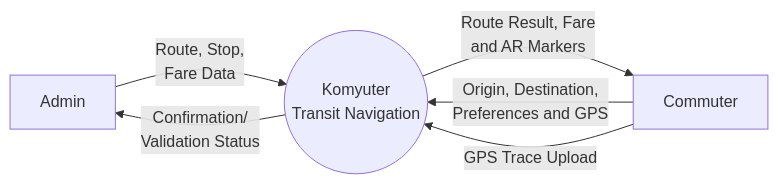
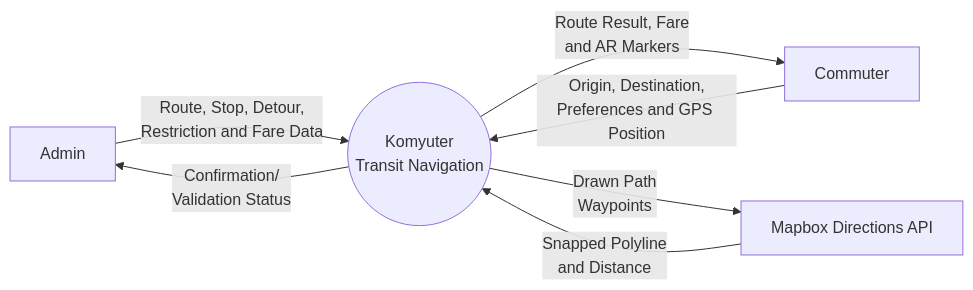
The first of 2 diagrams in docs/thesis/CHAPTER3.md (gjpgabayeron/komyuter), drawn with Mermaid before and after one commit. The commit also changed other lines of this file, not shown here.

Commit message:
docs(thesis): update dtf diagrams and add pseudocode

````diff
--- a/docs/thesis/CHAPTER3.md
+++ b/docs/thesis/CHAPTER3.md
@@ -68,9 +68,11 @@
 ```mermaid
 flowchart LR
-    Admin["Admin"] -->|"Route, Stop,<br>Fare Data"| System(("Komyuter<br>Transit Navigation"))
+    Admin["Admin"] -->|"Route, Stop, Detour,<br>Restriction and Fare Data"| System(("Komyuter<br>Transit Navigation"))
     System -->|"Confirmation/<br>Validation Status"| Admin
 
-    Commuter["Commuter"] -->|"Origin, Destination,<br>Preferences and GPS"| System
+    Commuter["Commuter"] -->|"Origin, Destination,<br>Preferences and GPS Position"| System
     System -->|"Route Result, Fare<br>and AR Markers"| Commuter
-    Commuter -->|"GPS Trace Upload"| System
+
+    Mapbox["Mapbox Directions API"] -->|"Snapped Polyline<br>and Distance"| System
+    System -->|"Drawn Path<br>Waypoints"| Mapbox
 ```
````
